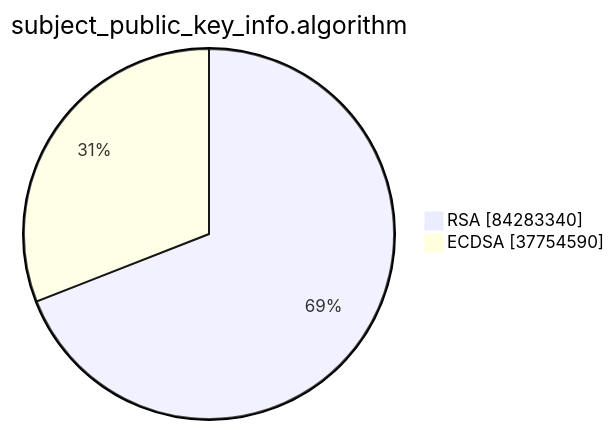
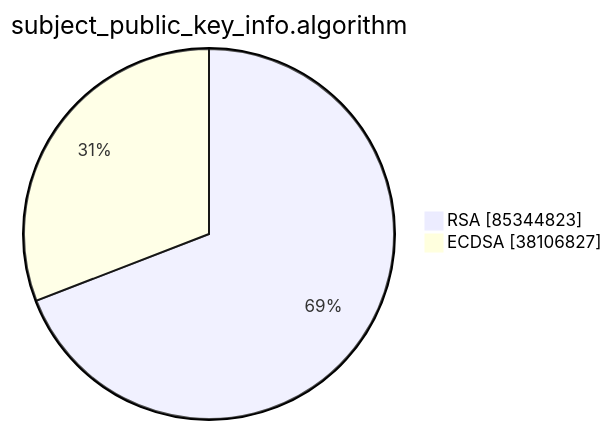
The second of 15 diagrams in xenon2023/README.md (christiankrug/ctmonitor_visualization), drawn with Mermaid before and after one commit. The commit also changed other lines of this file, not shown here.

````diff
--- a/xenon2023/README.md
+++ b/xenon2023/README.md
@@ -6,6 +6,6 @@
 ```mermaid
 pie showData
 title subject_public_key_info.algorithm
-"RSA" :84283340
-"ECDSA" :37754590
+"RSA" :85344823
+"ECDSA" :38106827
 ```
````
